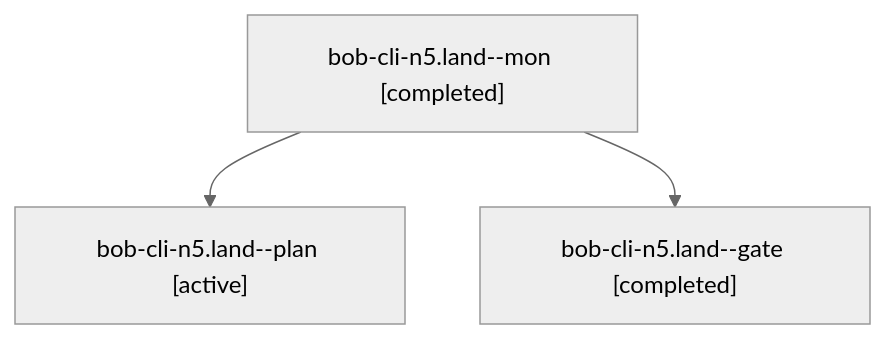
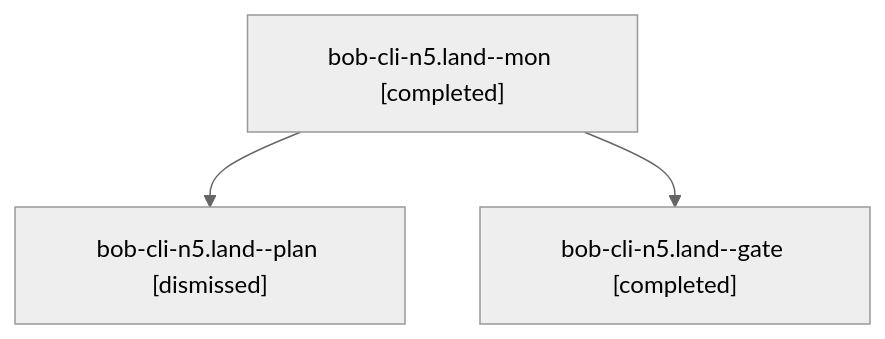
Before and after one commit to bobs-org/bob-cli--agents: the diagram in sessions/bbugyi200.athena.bob-cli-n5.land.md, drawn with Mermaid (neutral theme). The commit also changed other lines of this file and 15 other files, not shown here.

````diff
--- a/sessions/bbugyi200.athena.bob-cli-n5.land.md
+++ b/sessions/bbugyi200.athena.bob-cli-n5.land.md
@@ -9,8 +9,8 @@
 ```mermaid
 flowchart TD
   n0["bob-cli-n5.land--mon [completed]"]
-  n1["bob-cli-n5.land--plan [active]"]
+  n1["bob-cli-n5.land--plan [dismissed]"]
   n0 --> n1
   n2["bob-cli-n5.land--gate [completed]"]
   n0 --> n2
 ```
````
